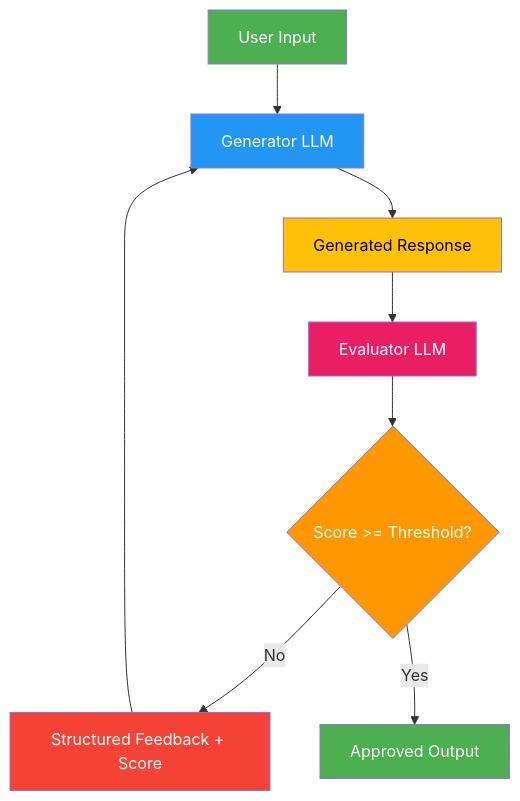
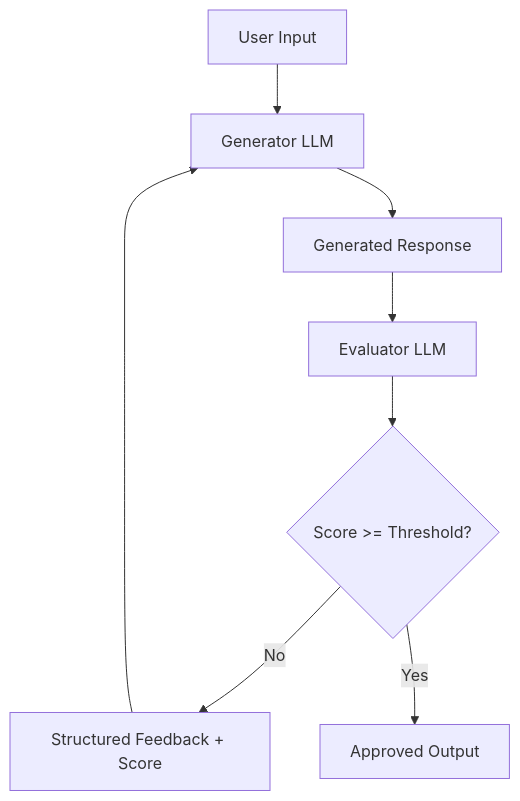
Before and after one commit to saisrinivas-samoju/agentic_architectures: the eighth of 11 diagrams in README.md, drawn with Mermaid. The commit also changed other lines of this file and 20 other files, not shown here.

````diff
--- a/README.md
+++ b/README.md
@@ -351,18 +359,10 @@
 ```mermaid
 flowchart TD
     A[User Input] --> B[Generator LLM]
     B --> C[Generated Response]
     C --> D[Evaluator LLM]
     D --> E{Score >= Threshold?}
     E -->|No| F[Structured Feedback + Score]
     F --> B
     E -->|Yes| G[Approved Output]
-
-    style A fill:#4CAF50,color:#fff
-    style B fill:#2196F3,color:#fff
-    style C fill:#FFC107,color:#000
-    style D fill:#E91E63,color:#fff
-    style E fill:#FF9800,color:#fff
-    style F fill:#F44336,color:#fff
-    style G fill:#4CAF50,color:#fff
 ```
````
